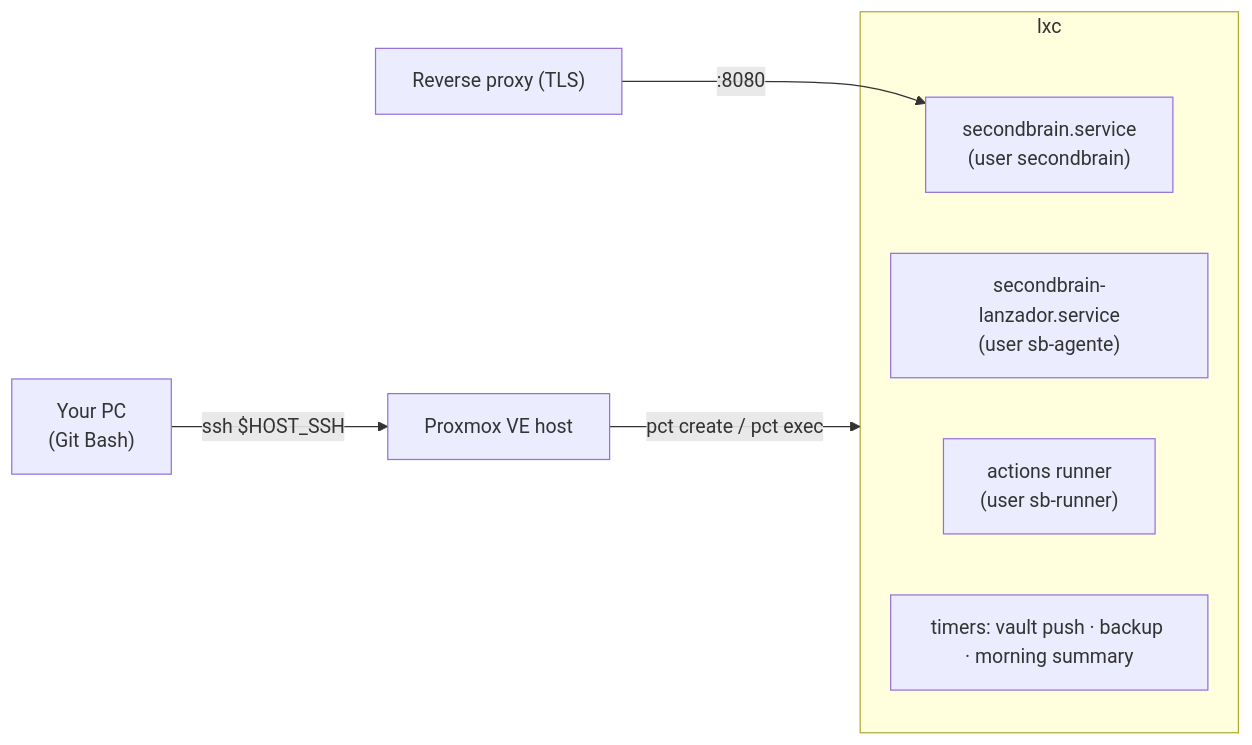
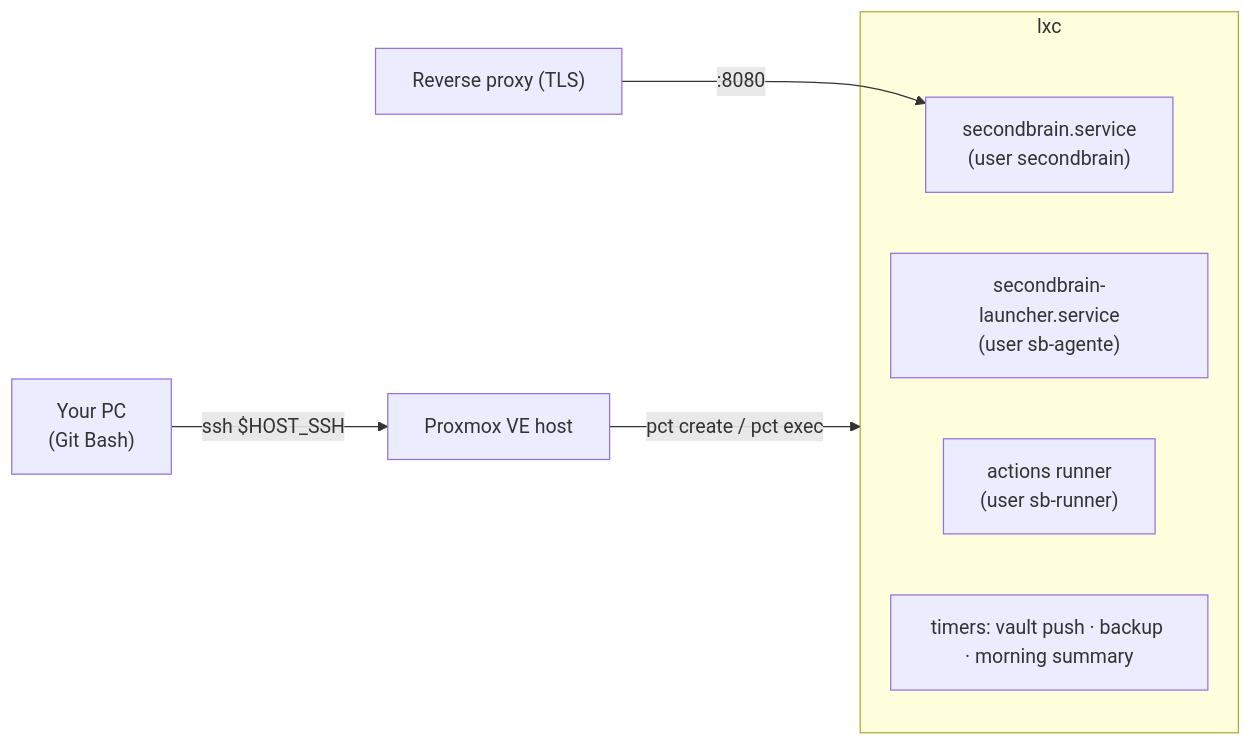
One commit to paul-jar4millo/SecondBrain changed the diagram in docs/deployment.md. Above: the diagram before and after it, drawn with Mermaid. The commit also changed other lines of this file and 76 other files, not shown here.

````diff
--- a/docs/deployment.md
+++ b/docs/deployment.md
@@ -35,12 +35,12 @@
 ```mermaid
 flowchart LR
   pc["Your PC<br/>(Git Bash)"] -- "ssh $HOST_SSH" --> host["Proxmox VE host"]
   host -- "pct create / pct exec" --> lxc["Container $VMID"]
   subgraph lxc
     svc["secondbrain.service<br/>(user secondbrain)"]
-    lz["secondbrain-lanzador.service<br/>(user sb-agente)"]
+    lz["secondbrain-launcher.service<br/>(user sb-agente)"]
     runner["actions runner<br/>(user sb-runner)"]
     timers["timers: vault push · backup · morning summary"]
   end
   proxy["Reverse proxy (TLS)"] -- ":8080" --> svc
 ```
````
